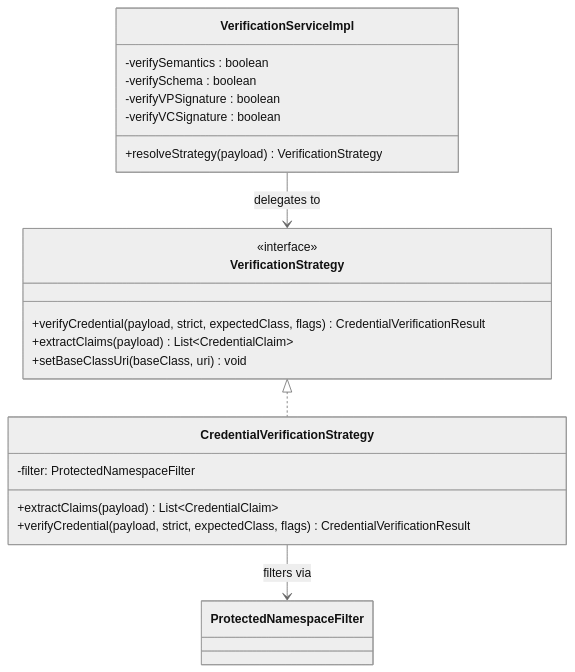
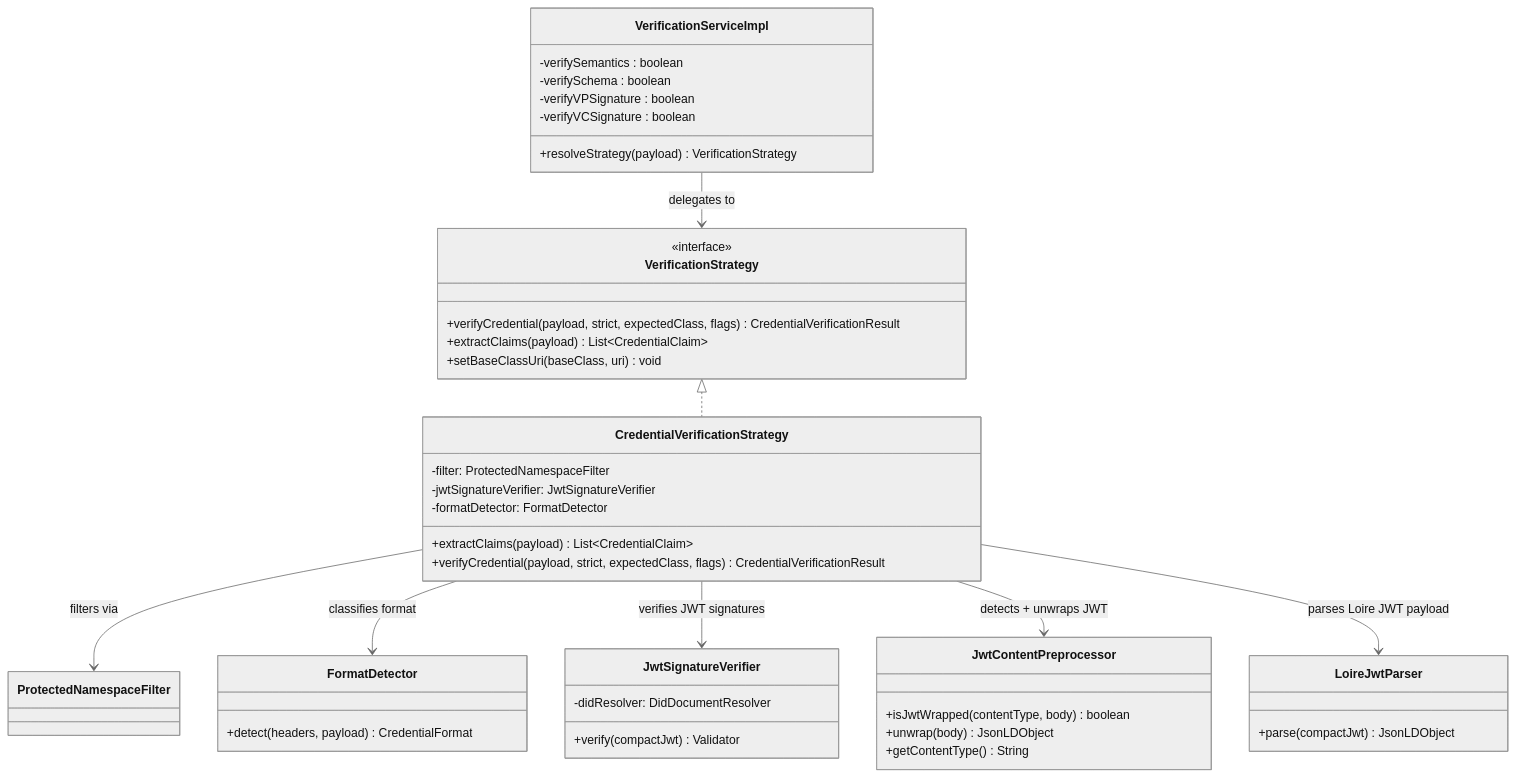
Before and after one commit to federated-catalogue-enhancements-2026/docs: the second of 11 diagrams in federated-catalogue/src/docs/architecture/chapters/05_building_block_view.adoc, drawn with Mermaid (neutral theme). The commit also changed other lines of this file and 3 other files, not shown here.

```diff
--- a/federated-catalogue/src/docs/architecture/chapters/05_building_block_view.adoc
+++ b/federated-catalogue/src/docs/architecture/chapters/05_building_block_view.adoc
@@ -267,25 +271,46 @@
 [mermaid, width=2000]
 ....
 classDiagram
     class VerificationServiceImpl {
         -verifySemantics : boolean
         -verifySchema : boolean
         -verifyVPSignature : boolean
         -verifyVCSignature : boolean
         +resolveStrategy(payload) VerificationStrategy
     }
     class VerificationStrategy {
         <<interface>>
         +verifyCredential(payload, strict, expectedClass, flags) CredentialVerificationResult
         +extractClaims(payload) List~CredentialClaim~
         +setBaseClassUri(baseClass, uri) void
     }
     class CredentialVerificationStrategy {
         -filter: ProtectedNamespaceFilter
+        -jwtSignatureVerifier: JwtSignatureVerifier
+        -formatDetector: FormatDetector
         +extractClaims(payload) List~CredentialClaim~
         +verifyCredential(payload, strict, expectedClass, flags) CredentialVerificationResult
+    }
+    class FormatDetector {
+        +detect(headers, payload) CredentialFormat
+    }
+    class JwtContentPreprocessor {
+        +isJwtWrapped(contentType, body) boolean
+        +unwrap(body) JsonLDObject
+        +getContentType() String
+    }
+    class JwtSignatureVerifier {
+        -didResolver: DidDocumentResolver
+        +verify(compactJwt) Validator
+    }
+    class LoireJwtParser {
+        +parse(compactJwt) JsonLDObject
     }
     VerificationServiceImpl --> VerificationStrategy : delegates to
     VerificationStrategy <|.. CredentialVerificationStrategy
     CredentialVerificationStrategy --> ProtectedNamespaceFilter : filters via
+    CredentialVerificationStrategy --> FormatDetector : classifies format
+    CredentialVerificationStrategy --> JwtSignatureVerifier : verifies JWT signatures
+    CredentialVerificationStrategy --> JwtContentPreprocessor : detects + unwraps JWT
+    CredentialVerificationStrategy --> LoireJwtParser : parses Loire JWT payload
 ....
```
